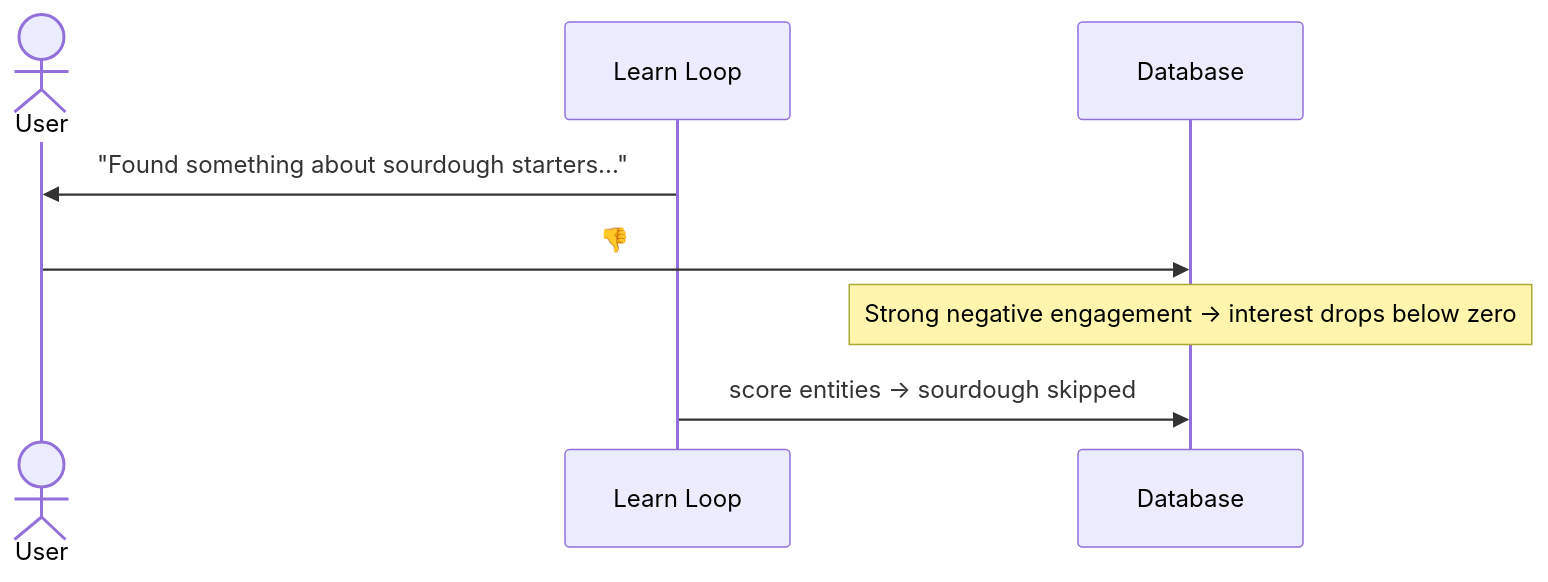
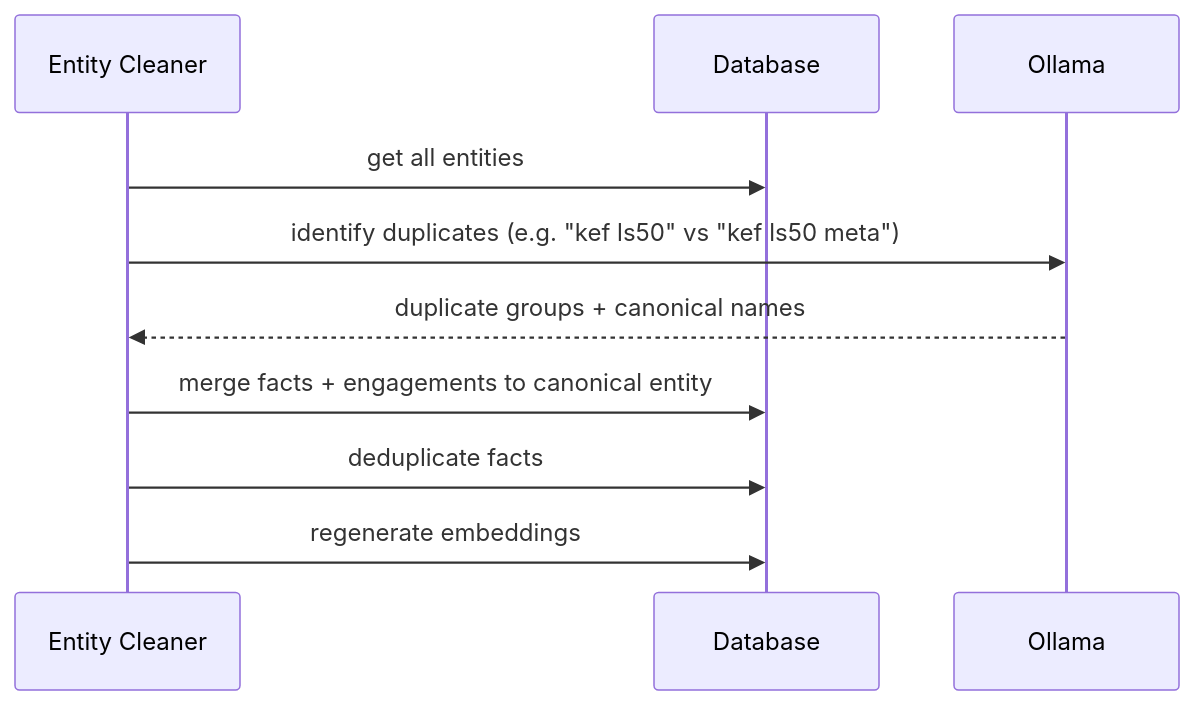
The fifth of 6 diagrams in docs/knowledge-system-flows.md (jaredlockhart/penny), drawn with Mermaid before and after one commit. The commit also changed other lines of this file, not shown here.

First line of the commit message:
docs: reorganize diagrams by system component

````diff
--- a/docs/knowledge-system-flows.md
+++ b/docs/knowledge-system-flows.md
@@ -150,11 +124,13 @@
 ```mermaid
 sequenceDiagram
-    actor User
-    participant LL as Learn Loop
+    participant Cleaner as Entity Cleaner
     participant DB as Database
+    participant LLM as Ollama
 
-    LL->>User: "Found something about sourdough starters..."
-    User->>DB: 👎
-    Note over DB: Strong negative engagement → interest drops below zero
-    LL->>DB: score entities → sourdough skipped
+    Cleaner->>DB: get all entities
+    Cleaner->>LLM: identify duplicates (e.g. "kef ls50" vs "kef ls50 meta")
+    LLM-->>Cleaner: duplicate groups + canonical names
+    Cleaner->>DB: merge facts + engagements to canonical entity
+    Cleaner->>DB: deduplicate facts
+    Cleaner->>DB: regenerate embeddings
 ```
````
